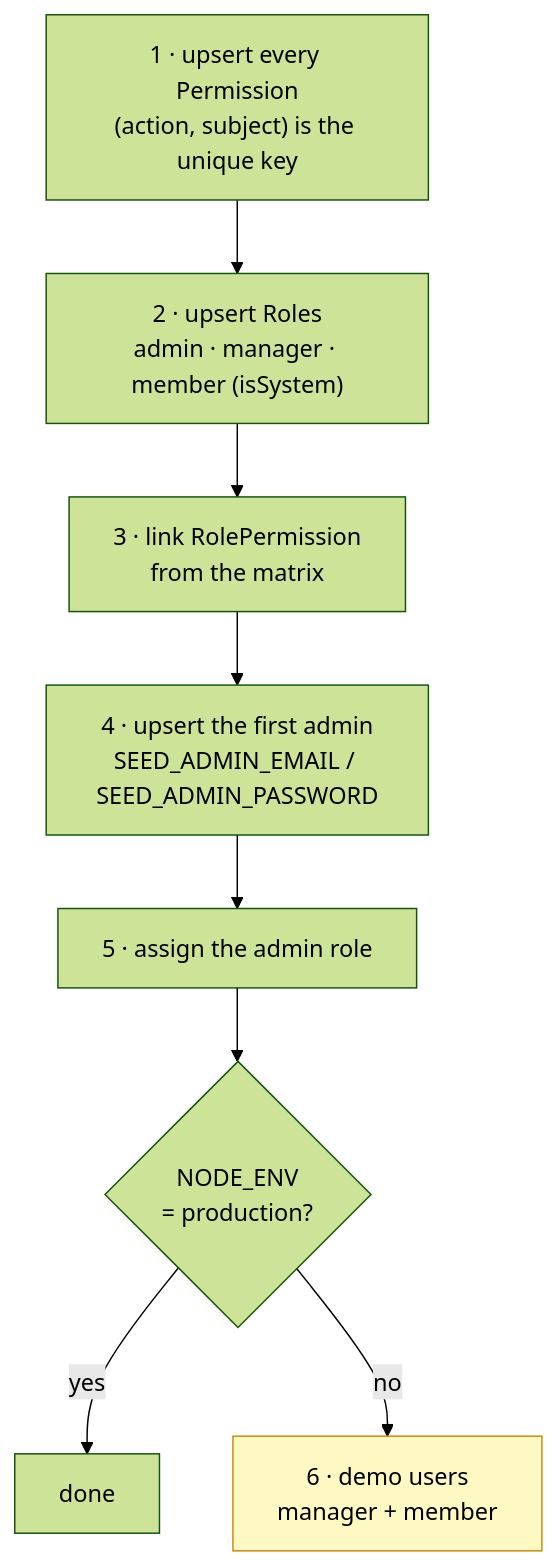
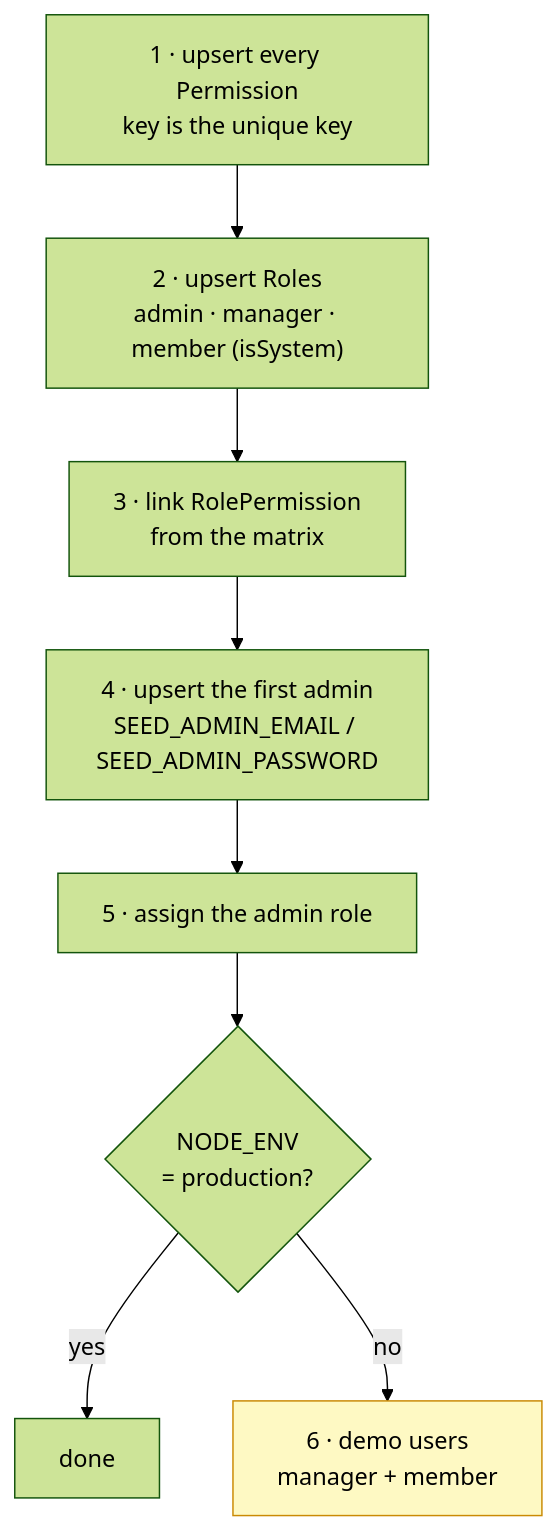
The second of 2 diagrams in apps/docs/en/auth/rbac-model.md (bk-engineering/app-platform), drawn with Mermaid (forest theme) before and after one commit. The commit also changed other lines of this file and 56 other files, not shown here.

````diff
--- a/apps/docs/en/auth/rbac-model.md
+++ b/apps/docs/en/auth/rbac-model.md
@@ -130,13 +133,13 @@
 ```mermaid
 flowchart TD
-  P["1 · upsert every Permission<br/>(action, subject) is the unique key"]
+  P["1 · upsert every Permission<br/>key is the unique key"]
   P --> R["2 · upsert Roles<br/>admin · manager · member (isSystem)"]
   R --> RP["3 · link RolePermission<br/>from the matrix"]
   RP --> A["4 · upsert the first admin<br/>SEED_ADMIN_EMAIL / SEED_ADMIN_PASSWORD"]
   A --> AR["5 · assign the admin role"]
   AR --> Q{"NODE_ENV<br/>= production?"}
   Q -->|yes| Stop["done"]
   Q -->|no| Demo["6 · demo users<br/>manager + member"]
 
   style Demo fill:#fef9c3,stroke:#ca8a04
 ```
````
